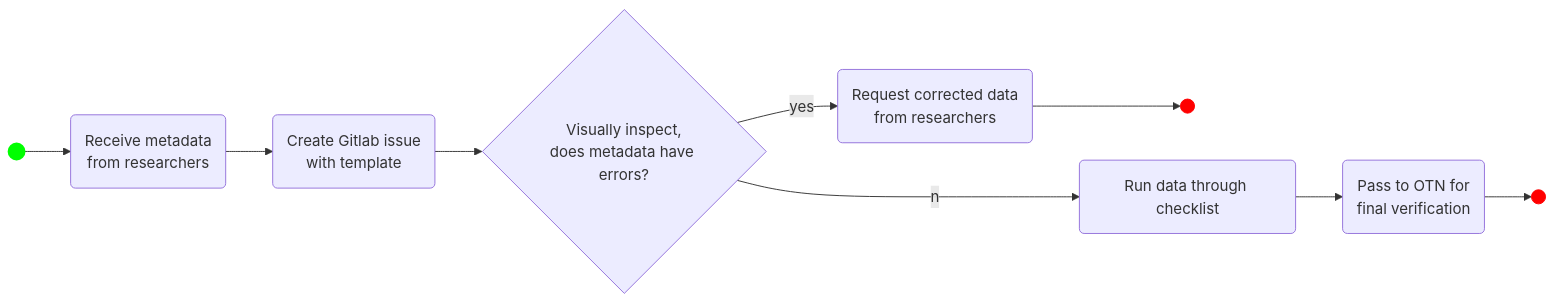
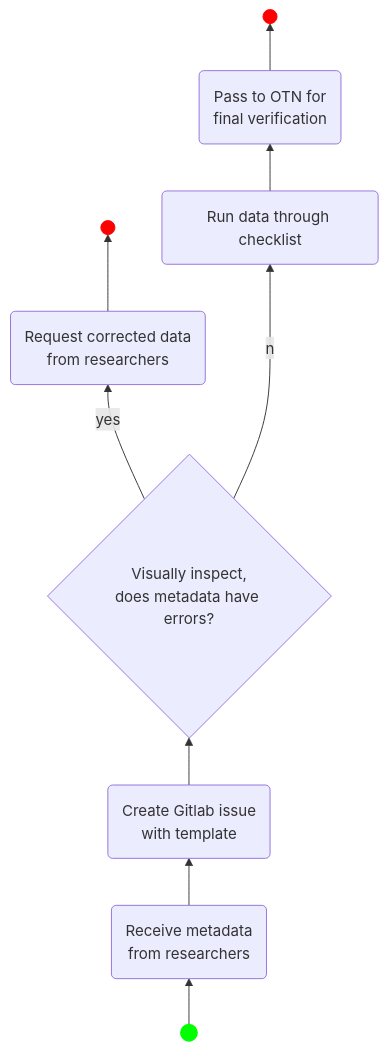
Before and after one commit to ocean-tracking-network/node-manager-training: the diagram in _episodes/04_workflow_gitlab_dbeaver.md, drawn with Mermaid.

Commit message:
Tried bottom top to see if that would render

````diff
--- a/_episodes/04_workflow_gitlab_dbeaver.md
+++ b/_episodes/04_workflow_gitlab_dbeaver.md
@@ -26,20 +26,20 @@
 ```mermaid
-flowchart LR
+flowchart BT
 
     data_start(( )) --> get_data(Receive metadata
 from researchers)
     style data_start fill:#00FF00,stroke:#00FF00,stroke-width:4px
     get_data --> gitlab(Create Gitlab issue
 with template)
     gitlab --> viz{Visually inspect,
 does metadata have errors?}
     viz --yes--> req(Request corrected data
 from researchers)
     req --> end1(( ))
     style end1 fill:#FF0000,stroke:#FF0000
     viz --no--> run_checklist(Run data through checklist)
     run_checklist --> otn_part(Pass to OTN for
 final verification)
     otn_part --> end2(( ))
     style end2 fill:#FF0000,stroke:#FF0000
 ```
````
